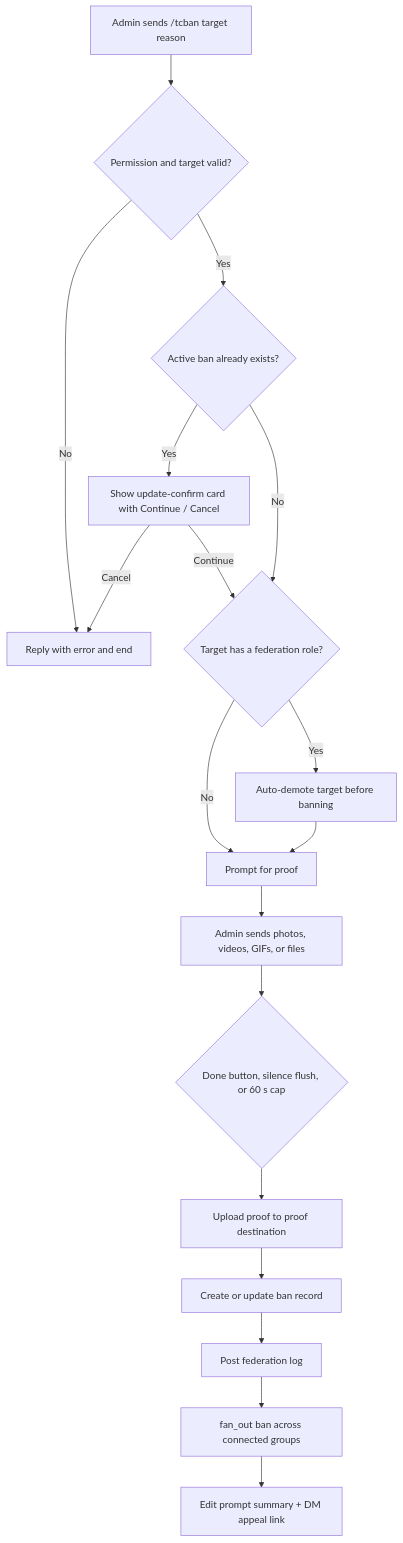
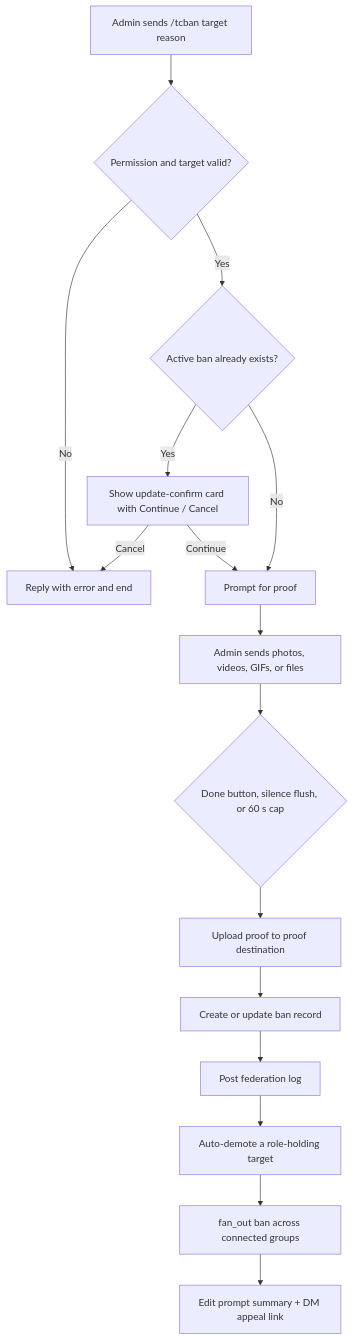
One commit to D1ZZY4/tcbot changed the first of 4 diagrams in docs/features/workflow-overview.md. Above: the diagram before and after it, drawn with Mermaid. The commit also changed other lines of this file and 15 other files, not shown here.

First line of the commit message:
fix(moderation): remove the federation role when the action is enforced

````diff
--- a/docs/features/workflow-overview.md
+++ b/docs/features/workflow-overview.md
@@ -23,20 +23,18 @@
 ```mermaid
 flowchart TD
     A[Admin sends /tcban target reason] --> B{Permission and target valid?}
     B -- No --> X[Reply with error and end]
     B -- Yes --> C{Active ban already exists?}
     C -- Yes --> D[Show update-confirm card with Continue / Cancel]
     D -- Cancel --> X
-    D -- Continue --> E
-    C -- No --> E{Target has a federation role?}
-    E -- Yes --> F[Auto-demote target before banning]
-    E -- No --> G[Prompt for proof]
-    F --> G
+    C -- No --> G[Prompt for proof]
+    D -- Continue --> G
     G --> H[Admin sends photos, videos, GIFs, or files]
     H --> I{Done button, silence flush, or 60 s cap}
     I --> J[Upload proof to proof destination]
     J --> K[Create or update ban record]
     K --> L[Post federation log]
-    L --> M[fan_out ban across connected groups]
+    L --> F[Auto-demote a role-holding target]
+    F --> M[fan_out ban across connected groups]
     M --> N[Edit prompt summary + DM appeal link]
 ```
````
